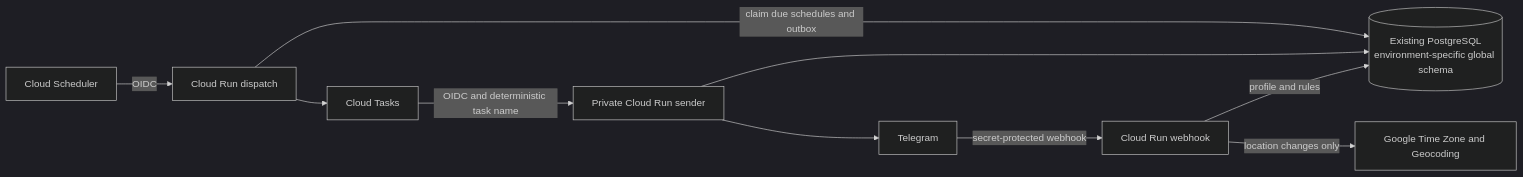
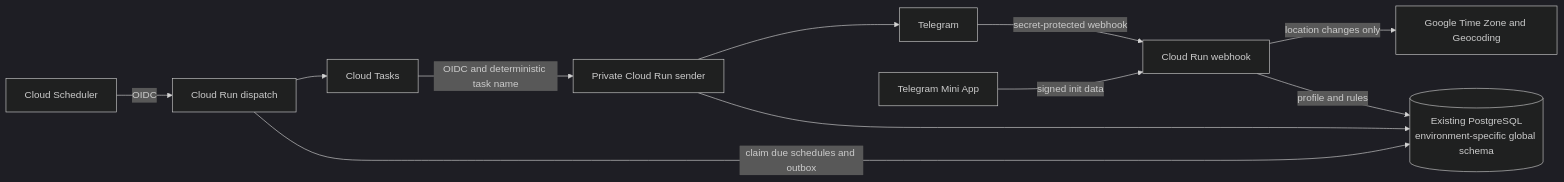
The diagram in global/docs/architecture.md (escalopa/prayer-bot), drawn with Mermaid (dark theme) before and after one commit. The commit also changed other lines of this file and 24 other files, not shown here.

Commit message:
Add global Telegram Mini App and feedback

````diff
--- a/global/docs/architecture.md
+++ b/global/docs/architecture.md
@@ -3,12 +3,13 @@
 ```mermaid
 flowchart LR
     T[Telegram] -->|secret-protected webhook| W[Cloud Run webhook]
+    A[Telegram Mini App] -->|signed init data| W
     W -->|profile and rules| P[(Existing PostgreSQL\nenvironment-specific global schema)]
     W -->|location changes only| G[Google Time Zone and Geocoding]
     C[Cloud Scheduler] -->|OIDC| D[Cloud Run dispatch]
     D -->|claim due schedules and outbox| P
     D --> Q[Cloud Tasks]
     Q -->|OIDC and deterministic task name| S[Private Cloud Run sender]
     S --> P
     S --> T
 ```
````
